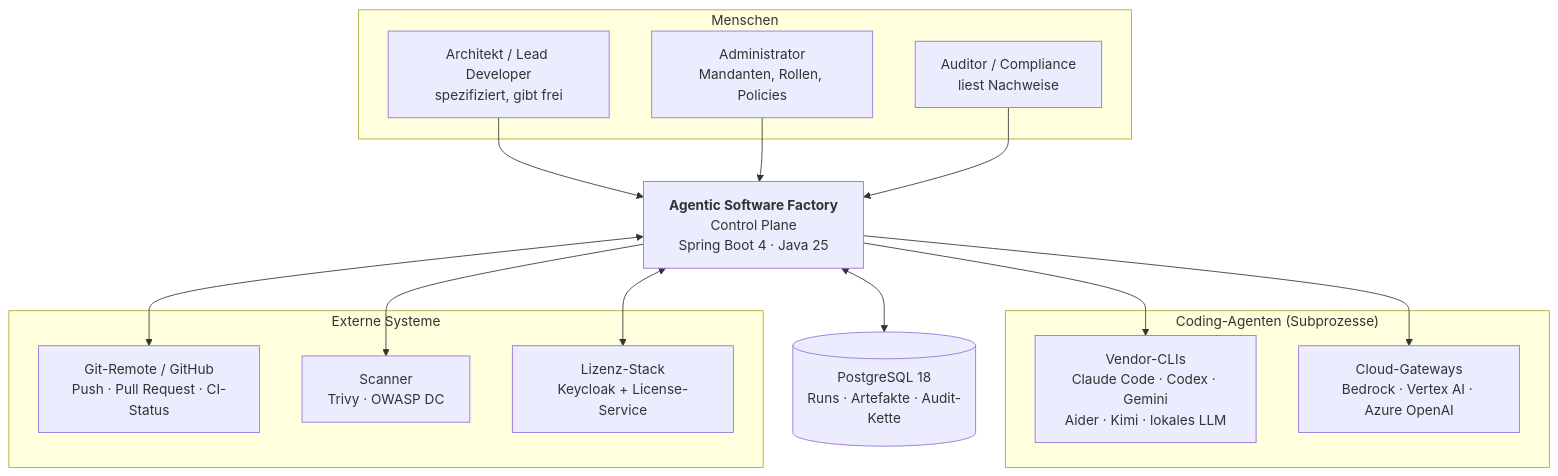
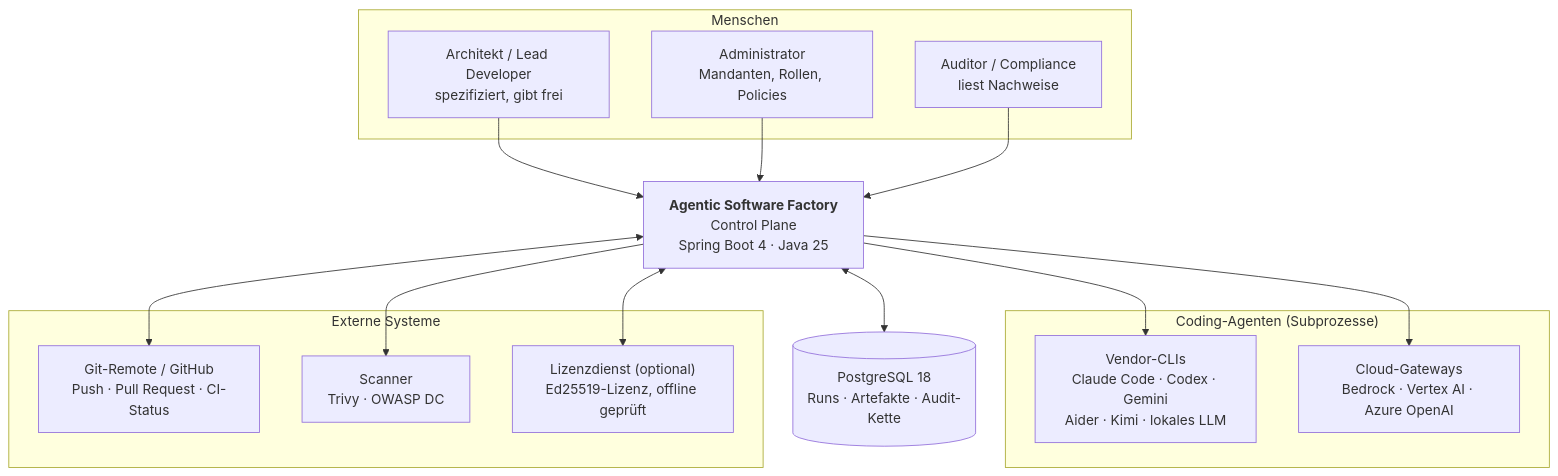
Before and after one commit to mjanda0815/agentic-publikation: the diagram in abbildungen/abb21.mmd, drawn with Mermaid. The commit also changed 57 other files, not shown here.

```diff
--- a/abbildungen/abb21.mmd
+++ b/abbildungen/abb21.mmd
@@ -1,31 +1,31 @@
 flowchart TB
     subgraph Menschen
         ARCH["Architekt / Lead Developer<br/>spezifiziert, gibt frei"]
         AUD["Auditor / Compliance<br/>liest Nachweise"]
         ADM["Administrator<br/>Mandanten, Rollen, Policies"]
     end
 
     FAB["<b>Agentic Software Factory</b><br/>Control Plane<br/>Spring Boot 4 · Java 25"]
 
     subgraph "Coding-Agenten (Subprozesse)"
         CLI["Vendor-CLIs<br/>Claude Code · Codex · Gemini<br/>Aider · Kimi · lokales LLM"]
         GW["Cloud-Gateways<br/>Bedrock · Vertex AI · Azure OpenAI"]
     end
 
     subgraph "Externe Systeme"
         GIT["Git-Remote / GitHub<br/>Push · Pull Request · CI-Status"]
         SEC["Scanner<br/>Trivy · OWASP DC"]
-        LIC["Lizenz-Stack<br/>Keycloak + License-Service"]
+        LIC["Lizenzdienst (optional)<br/>Ed25519-Lizenz, offline geprüft"]
     end
 
     DB[("PostgreSQL 18<br/>Runs · Artefakte · Audit-Kette")]
 
     ARCH --> FAB
     ADM --> FAB
     AUD --> FAB
     FAB --> CLI
     FAB --> GW
     FAB <--> GIT
     FAB --> SEC
     FAB <--> LIC
     FAB <--> DB
```
